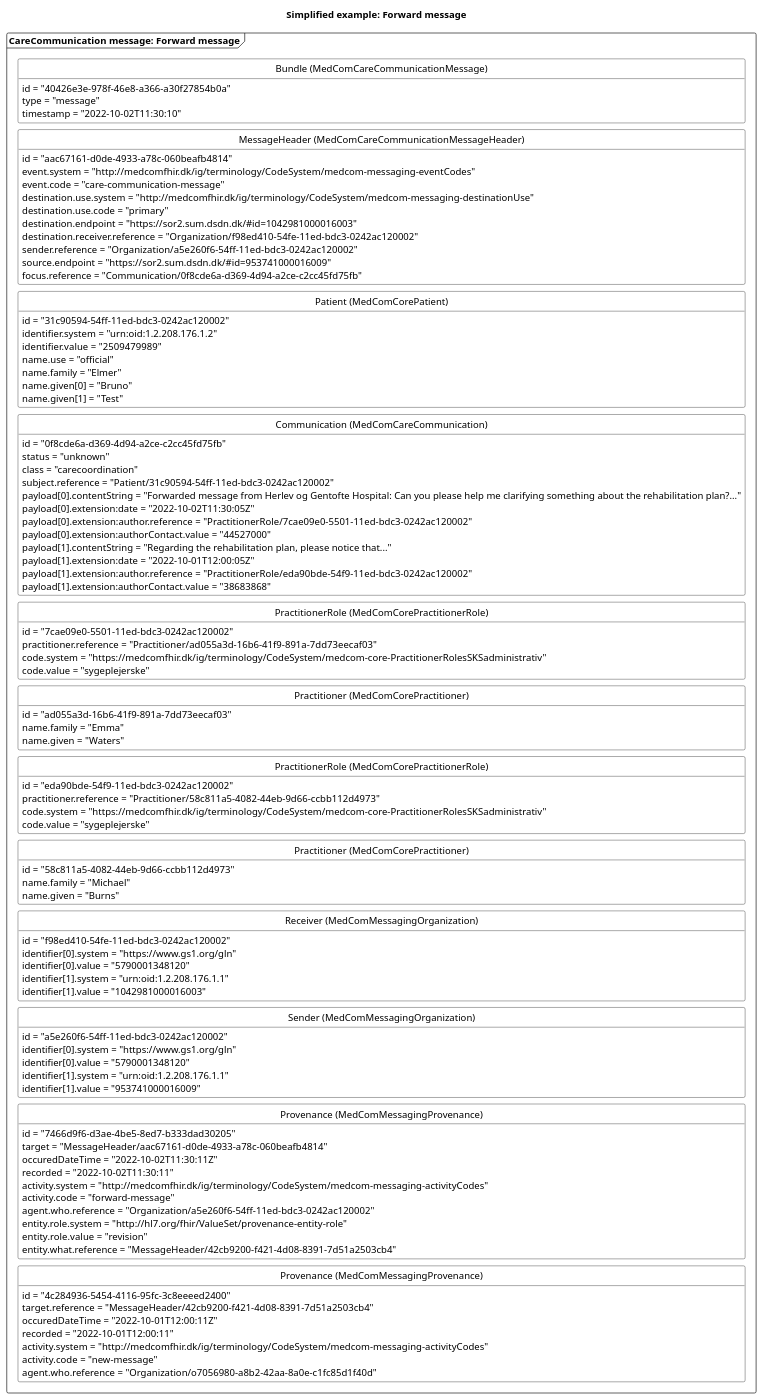
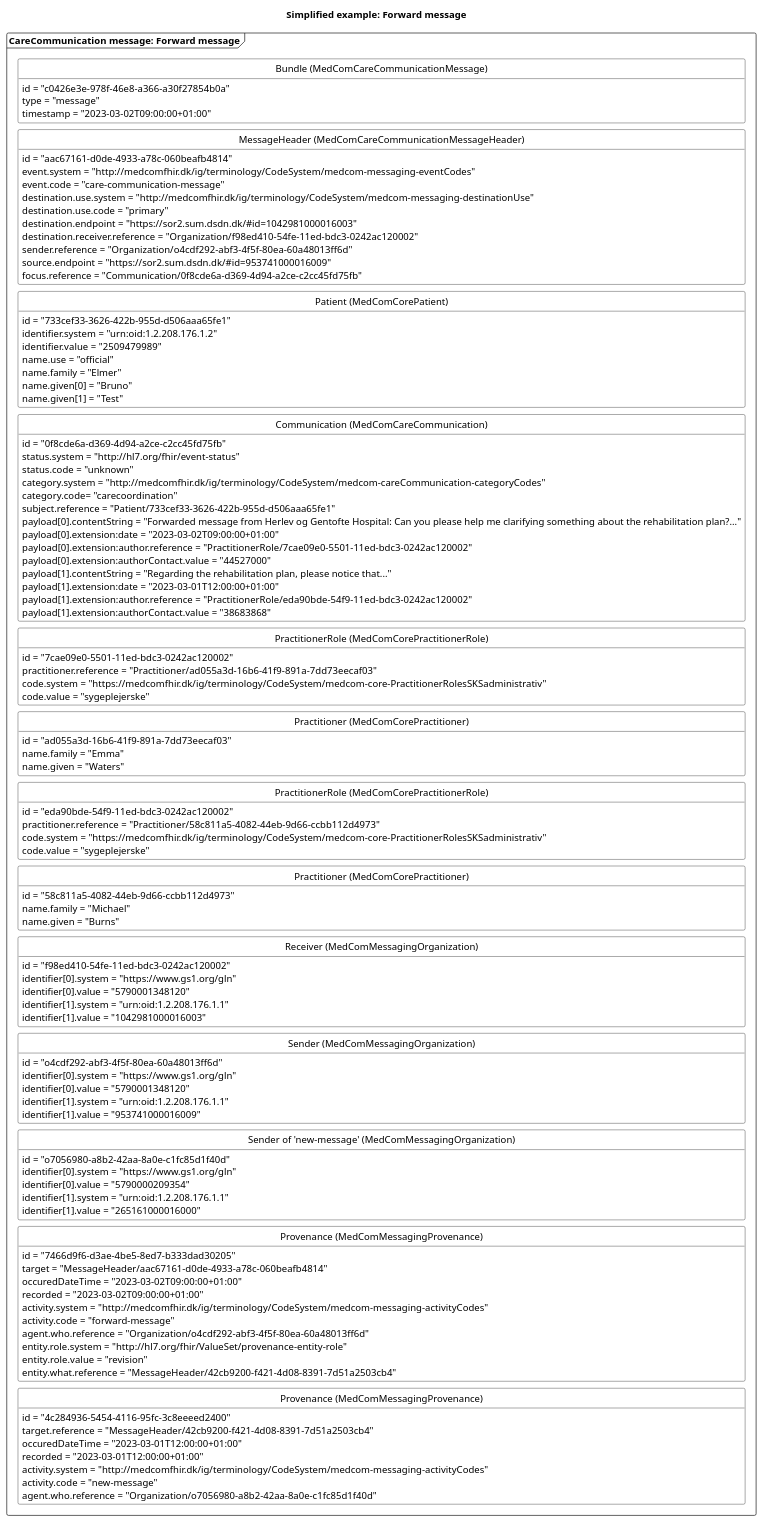
The diagram in puml/CareCommunicationForwardMessage.puml (medcomdk/dk-medcom-carecommunication), drawn with PlantUML before and after one commit. The commit also changed 26 other files, not shown here.

```diff
--- a/puml/CareCommunicationForwardMessage.puml
+++ b/puml/CareCommunicationForwardMessage.puml
@@ -1,131 +1,141 @@
 @startuml CCForwardMessage2
 
 'layout
 skinparam class {
     BackgroundColor White
     BorderColor Black
     ArrowColor Black
   }
 hide circle
 hide empty members
 skinparam SameClassWidth true
 skinparam Ranksep 10
 
 
 'title
 title Simplified example: Forward message
 
 'Message 1: Forward message
 package "CareCommunication message: Forward message" as forward <<Frame>>{
     class "Bundle (MedComCareCommunicationMessage)" as forwardB {
-        id = "40426e3e-978f-46e8-a366-a30f27854b0a"
+        id = "c0426e3e-978f-46e8-a366-a30f27854b0a"
         type = "message"
-        timestamp = "2022-10-02T11:30:10"
+        timestamp = "2023-03-02T09:00:00+01:00"
     }
     class "MessageHeader (MedComCareCommunicationMessageHeader)" as forwardMH{
         id = "aac67161-d0de-4933-a78c-060beafb4814"
         event.system = "http://medcomfhir.dk/ig/terminology/CodeSystem/medcom-messaging-eventCodes"
         event.code = "care-communication-message"
         destination.use.system = "http://medcomfhir.dk/ig/terminology/CodeSystem/medcom-messaging-destinationUse"
         destination.use.code = "primary"
         destination.endpoint = "https://sor2.sum.dsdn.dk/#id=1042981000016003"
         destination.receiver.reference = "Organization/f98ed410-54fe-11ed-bdc3-0242ac120002"
-        sender.reference = "Organization/a5e260f6-54ff-11ed-bdc3-0242ac120002"
+        sender.reference = "Organization/o4cdf292-abf3-4f5f-80ea-60a48013ff6d"
         source.endpoint = "https://sor2.sum.dsdn.dk/#id=953741000016009"
         focus.reference = "Communication/0f8cde6a-d369-4d94-a2ce-c2cc45fd75fb"
     }
     class "Patient (MedComCorePatient)" as forwardPT{
-        id = "31c90594-54ff-11ed-bdc3-0242ac120002"
+        id = "733cef33-3626-422b-955d-d506aaa65fe1"
         identifier.system = "urn:oid:1.2.208.176.1.2"
         identifier.value = "2509479989"
         name.use = "official"
         name.family = "Elmer"
         name.given[0] = "Bruno"
         name.given[1] = "Test"
     }
     class "Communication (MedComCareCommunication)" as forwardCom{
         id = "0f8cde6a-d369-4d94-a2ce-c2cc45fd75fb"
-        status = "unknown"
-        class = "carecoordination"
-        subject.reference = "Patient/31c90594-54ff-11ed-bdc3-0242ac120002"
+        status.system = "http://hl7.org/fhir/event-status" 
+        status.code = "unknown"
+        category.system = "http://medcomfhir.dk/ig/terminology/CodeSystem/medcom-careCommunication-categoryCodes"
+        category.code= "carecoordination"
+        subject.reference = "Patient/733cef33-3626-422b-955d-d506aaa65fe1"
         payload[0].contentString = "Forwarded message from Herlev og Gentofte Hospital: Can you please help me clarifying something about the rehabilitation plan?..."
-        payload[0].extension:date = "2022-10-02T11:30:05Z"
+        payload[0].extension:date = "2023-03-02T09:00:00+01:00"
         payload[0].extension:author.reference = "PractitionerRole/7cae09e0-5501-11ed-bdc3-0242ac120002"
         payload[0].extension:authorContact.value = "44527000"
         payload[1].contentString = "Regarding the rehabilitation plan, please notice that..."
-        payload[1].extension:date = "2022-10-01T12:00:05Z"
+        payload[1].extension:date = "2023-03-01T12:00:00+01:00"
         payload[1].extension:author.reference = "PractitionerRole/eda90bde-54f9-11ed-bdc3-0242ac120002"
         payload[1].extension:authorContact.value = "38683868"
     }
     class "PractitionerRole (MedComCorePractitionerRole)" as forwardPracR{
         id = "7cae09e0-5501-11ed-bdc3-0242ac120002"
         practitioner.reference = "Practitioner/ad055a3d-16b6-41f9-891a-7dd73eecaf03"
         code.system = "https://medcomfhir.dk/ig/terminology/CodeSystem/medcom-core-PractitionerRolesSKSadministrativ"
         code.value = "sygeplejerske"
     }
     class "Practitioner (MedComCorePractitioner)" as forwardPrac{
         id = "ad055a3d-16b6-41f9-891a-7dd73eecaf03"
         name.family = "Emma"
         name.given = "Waters"
     }
     class "PractitionerRole (MedComCorePractitionerRole)" as newPracR{
         id = "eda90bde-54f9-11ed-bdc3-0242ac120002"
         practitioner.reference = "Practitioner/58c811a5-4082-44eb-9d66-ccbb112d4973"
         code.system = "https://medcomfhir.dk/ig/terminology/CodeSystem/medcom-core-PractitionerRolesSKSadministrativ"
         code.value = "sygeplejerske"
     }
     class "Practitioner (MedComCorePractitioner)" as newPrac{
         id = "58c811a5-4082-44eb-9d66-ccbb112d4973"
         name.family = "Michael"
         name.given = "Burns"
     }
     class "Receiver (MedComMessagingOrganization)" as forwardROrg{
         id = "f98ed410-54fe-11ed-bdc3-0242ac120002"
         identifier[0].system = "https://www.gs1.org/gln"
         identifier[0].value = "5790001348120"
         identifier[1].system = "urn:oid:1.2.208.176.1.1"
         identifier[1].value = "1042981000016003"
     }
     class "Sender (MedComMessagingOrganization)" as forwardSOrg{
-        id = "a5e260f6-54ff-11ed-bdc3-0242ac120002"
+        id = "o4cdf292-abf3-4f5f-80ea-60a48013ff6d"
         identifier[0].system = "https://www.gs1.org/gln"
         identifier[0].value = "5790001348120"
         identifier[1].system = "urn:oid:1.2.208.176.1.1"
         identifier[1].value = "953741000016009"
     }
+    class "Sender of 'new-message' (MedComMessagingOrganization)" as senderOrg{
+        id = "o7056980-a8b2-42aa-8a0e-c1fc85d1f40d"
+        identifier[0].system = "https://www.gs1.org/gln"
+        identifier[0].value = "5790000209354"
+        identifier[1].system = "urn:oid:1.2.208.176.1.1"
+        identifier[1].value = "265161000016000"
+    }
     class "Provenance (MedComMessagingProvenance)" as forwardPRO{
         id = "7466d9f6-d3ae-4be5-8ed7-b333dad30205"
         target = "MessageHeader/aac67161-d0de-4933-a78c-060beafb4814"
-        occuredDateTime = "2022-10-02T11:30:11Z"
-        recorded = "2022-10-02T11:30:11"
+        occuredDateTime = "2023-03-02T09:00:00+01:00"
+        recorded = "2023-03-02T09:00:00+01:00"
         activity.system = "http://medcomfhir.dk/ig/terminology/CodeSystem/medcom-messaging-activityCodes"
         activity.code = "forward-message"
-        agent.who.reference = "Organization/a5e260f6-54ff-11ed-bdc3-0242ac120002"
+        agent.who.reference = "Organization/o4cdf292-abf3-4f5f-80ea-60a48013ff6d"
         entity.role.system = "http://hl7.org/fhir/ValueSet/provenance-entity-role"
         entity.role.value = "revision"
         entity.what.reference = "MessageHeader/42cb9200-f421-4d08-8391-7d51a2503cb4"
     }
     class "Provenance (MedComMessagingProvenance)" as newPRO{
         id = "4c284936-5454-4116-95fc-3c8eeeed2400"
         target.reference = "MessageHeader/42cb9200-f421-4d08-8391-7d51a2503cb4"
-        occuredDateTime = "2022-10-01T12:00:11Z"
-        recorded = "2022-10-01T12:00:11"
+        occuredDateTime = "2023-03-01T12:00:00+01:00"
+        recorded = "2023-03-01T12:00:00+01:00"
         activity.system = "http://medcomfhir.dk/ig/terminology/CodeSystem/medcom-messaging-activityCodes"
         activity.code = "new-message"
         agent.who.reference = "Organization/o7056980-a8b2-42aa-8a0e-c1fc85d1f40d"
     }
 
 forwardB -[hidden]- forwardMH
 forwardMH -[hidden]-forwardPT
 forwardPT-[hidden]-forwardCom
 forwardCom -[hidden]-forwardPracR
 forwardPracR-[hidden]-forwardPrac
 forwardPrac-[hidden]-newPracR
 newPracR-[hidden]-newPrac
 newPrac-[hidden]-forwardROrg
 forwardROrg-[hidden]- forwardSOrg
-forwardSOrg-[hidden]-forwardPRO
+forwardSOrg-[hidden]-senderOrg
+senderOrg-[hidden]-forwardPRO
 forwardPRO-[hidden]-newPRO
 
 
 @enduml
```
